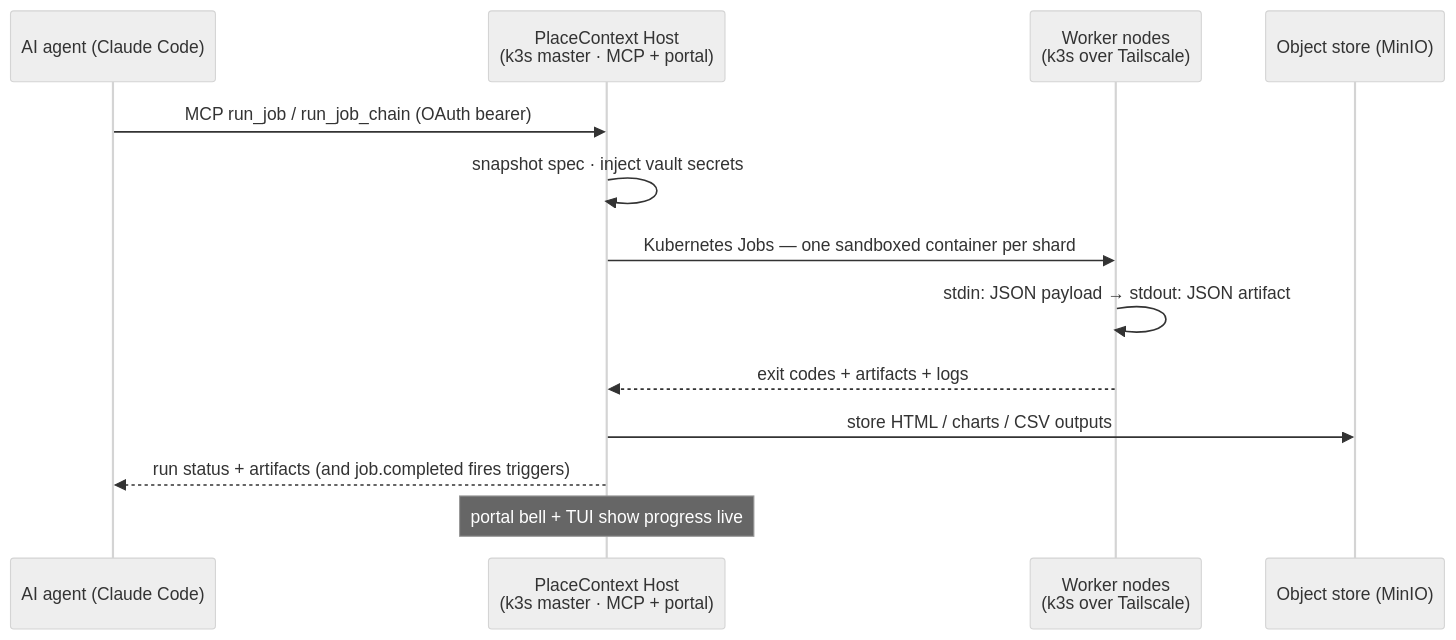
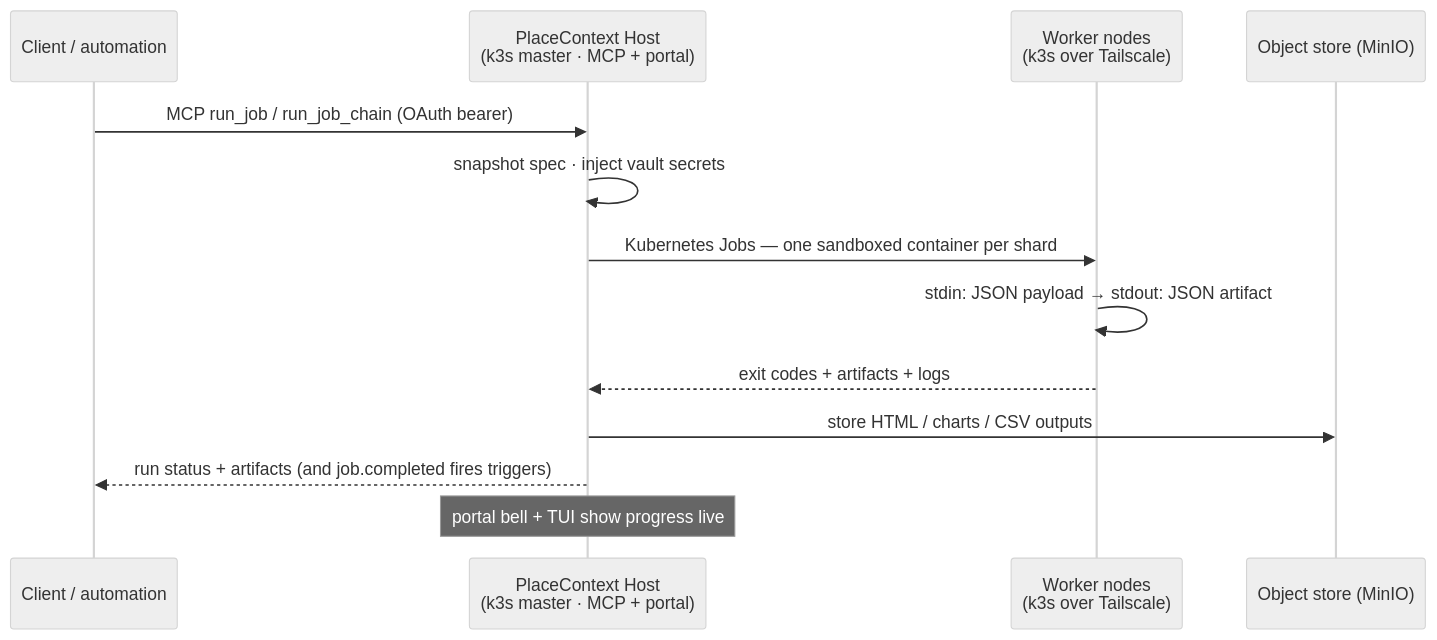
Before and after one commit to bradlnz/placecontext: the first of 2 diagrams in README.md, drawn with Mermaid (neutral theme). The commit also changed other lines of this file and 2 other files, not shown here.

````diff
--- a/README.md
+++ b/README.md
@@ -49,16 +55,16 @@
 ```mermaid
 sequenceDiagram
-    participant A as AI agent (Claude Code)
+    participant A as Client / automation
     participant M as PlaceContext Host<br/>(k3s master · MCP + portal)
     participant W as Worker nodes<br/>(k3s over Tailscale)
     participant S as Object store (MinIO)
 
     A->>M: MCP run_job / run_job_chain (OAuth bearer)
     M->>M: snapshot spec · inject vault secrets
     M->>W: Kubernetes Jobs — one sandboxed container per shard
     W->>W: stdin: JSON payload → stdout: JSON artifact
     W-->>M: exit codes + artifacts + logs
     M->>S: store HTML / charts / CSV outputs
     M-->>A: run status + artifacts (and job.completed fires triggers)
     Note over M: portal bell + TUI show progress live
 ```
````
